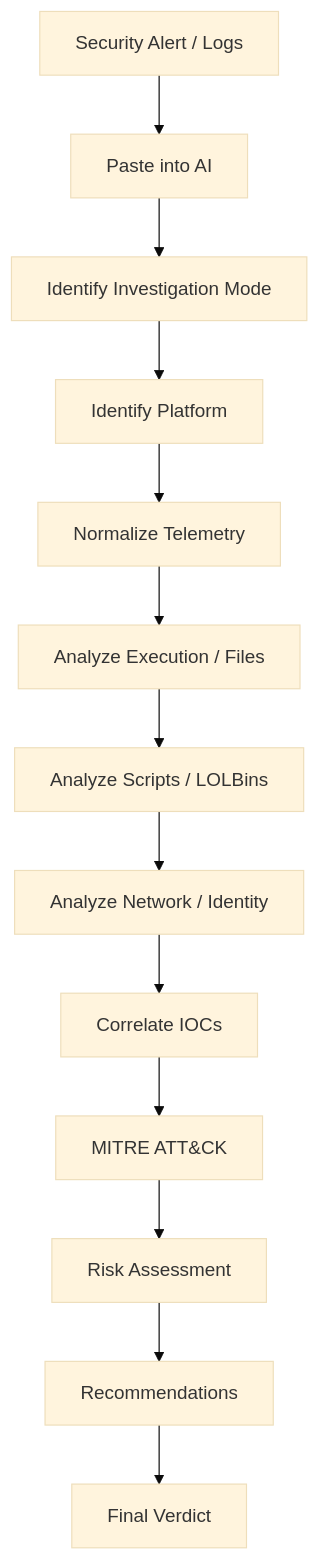
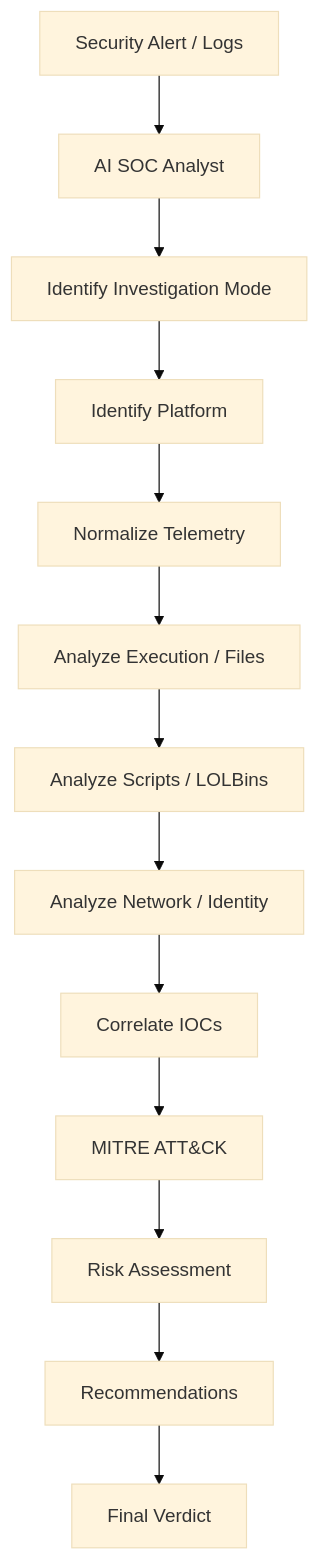
One commit to krirajeev08-afk/AI-Prompt-For-SOC-V1 changed the first of 2 diagrams in README.md. Above: the diagram before and after it, drawn with Mermaid (base theme). The commit also changed other lines of this file, not shown here.

````diff
--- a/README.md
+++ b/README.md
@@ -449,15 +634,15 @@
 ```mermaid
 flowchart TD
-    A[Security Alert / Logs] --> B[Paste into AI]
+    A[Security Alert / Logs] --> B[AI SOC Analyst]
     B --> C[Identify Investigation Mode]
     C --> D[Identify Platform]
     D --> E[Normalize Telemetry]
     E --> F[Analyze Execution / Files]
     F --> G[Analyze Scripts / LOLBins]
     G --> H[Analyze Network / Identity]
     H --> I[Correlate IOCs]
     I --> J[MITRE ATT&CK]
     J --> K[Risk Assessment]
     K --> L[Recommendations]
     L --> M[Final Verdict]
 ```
````
